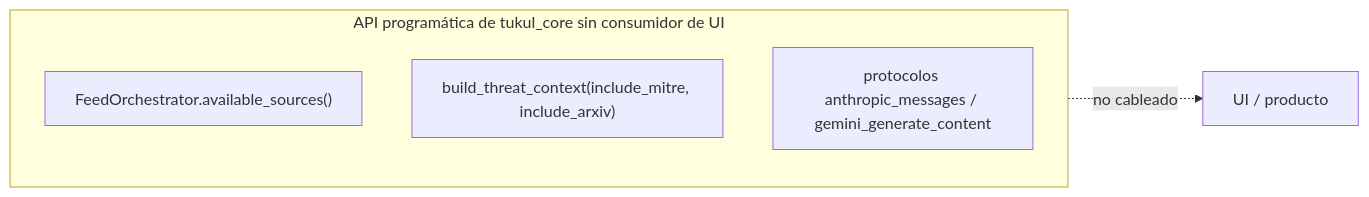
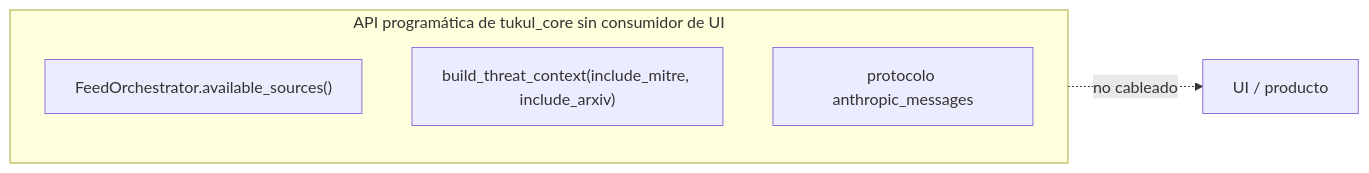
The fifth of 5 diagrams in docs/ARCHITECTURE_DIAGRAM.md (IA-Alex/tukul), drawn with Mermaid before and after one commit. The commit also changed 5 other files, not shown here.

````diff
--- a/docs/ARCHITECTURE_DIAGRAM.md
+++ b/docs/ARCHITECTURE_DIAGRAM.md
@@ -184,9 +184,9 @@
 ```mermaid
 flowchart LR
   subgraph ORPHAN["API programática de tukul_core sin consumidor de UI"]
     A1["FeedOrchestrator.available_sources()"]
     A2["build_threat_context(include_mitre, include_arxiv)"]
-    A3["protocolos anthropic_messages / gemini_generate_content"]
+    A3["protocolo anthropic_messages"]
   end
   ORPHAN -.->|"no cableado"| UI3["UI / producto"]
 ```
````
